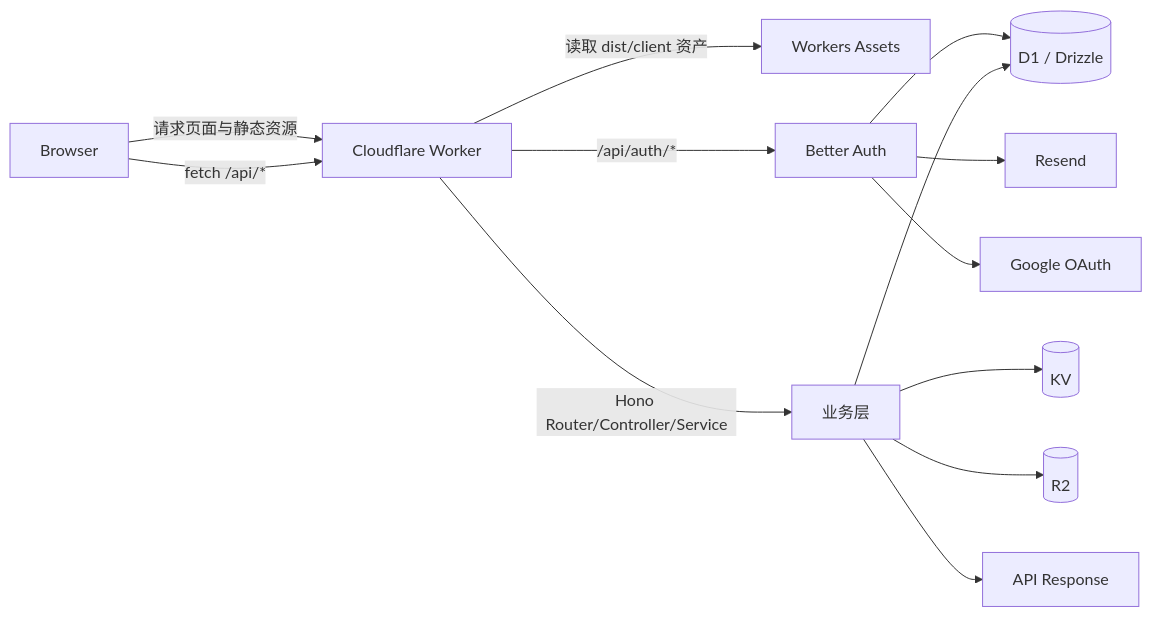
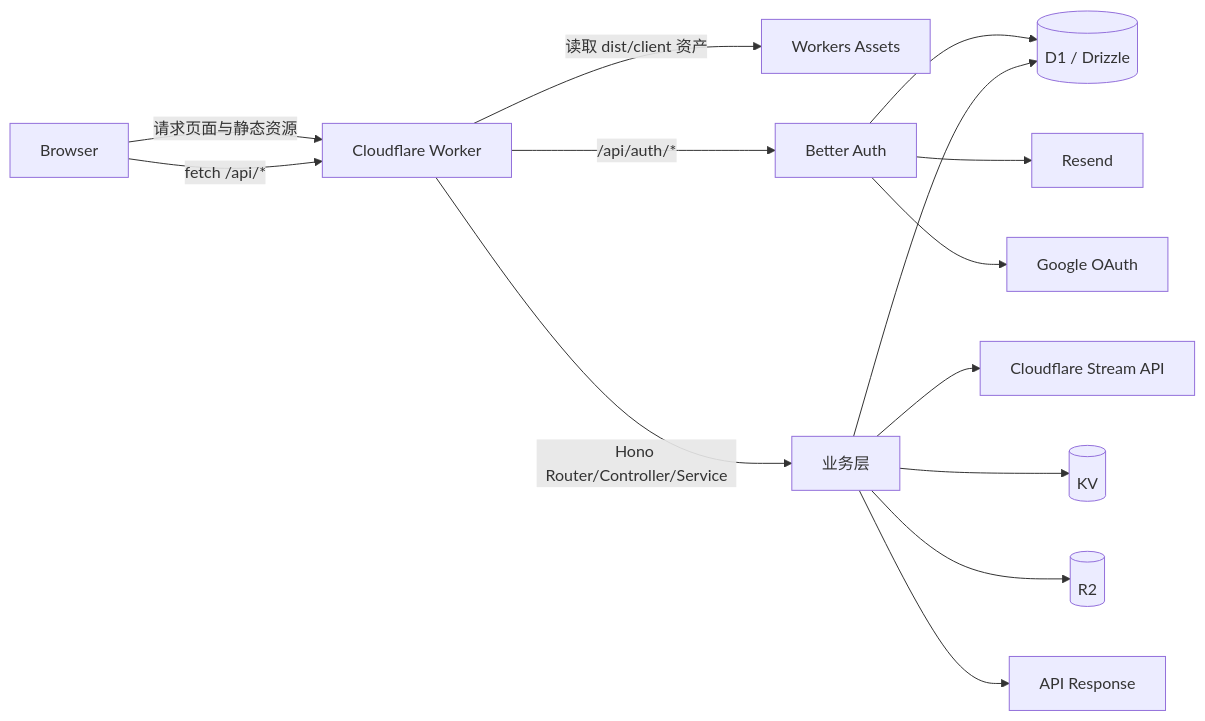
Before and after one commit to Illumi-Family/illumi-family-mvp: the diagram in docs/core/technical-architecture.md, drawn with Mermaid. The commit also changed other lines of this file and 45 other files, not shown here.

Commit message:
feat(video): implement stream upload, playback, and draft cleanup flow

````diff
--- a/docs/core/technical-architecture.md
+++ b/docs/core/technical-architecture.md
@@ -35,15 +36,16 @@
 ```mermaid
 flowchart LR
   U[Browser] -->|请求页面与静态资源| CF[Cloudflare Worker]
   CF -->|读取 dist/client 资产| A[Workers Assets]
   U -->|fetch /api/*| CF
   CF -->|/api/auth/*| BA[Better Auth]
   BA --> D1
   BA --> RESEND[Resend]
   BA --> GOOGLE[Google OAuth]
+  SVC --> STREAM[Cloudflare Stream API]
   CF -->|Hono Router/Controller/Service| SVC[业务层]
   SVC --> D1[(D1 / Drizzle)]
   SVC --> KV[(KV)]
   SVC --> R2[(R2)]
   SVC --> API[API Response]
 ```
````
